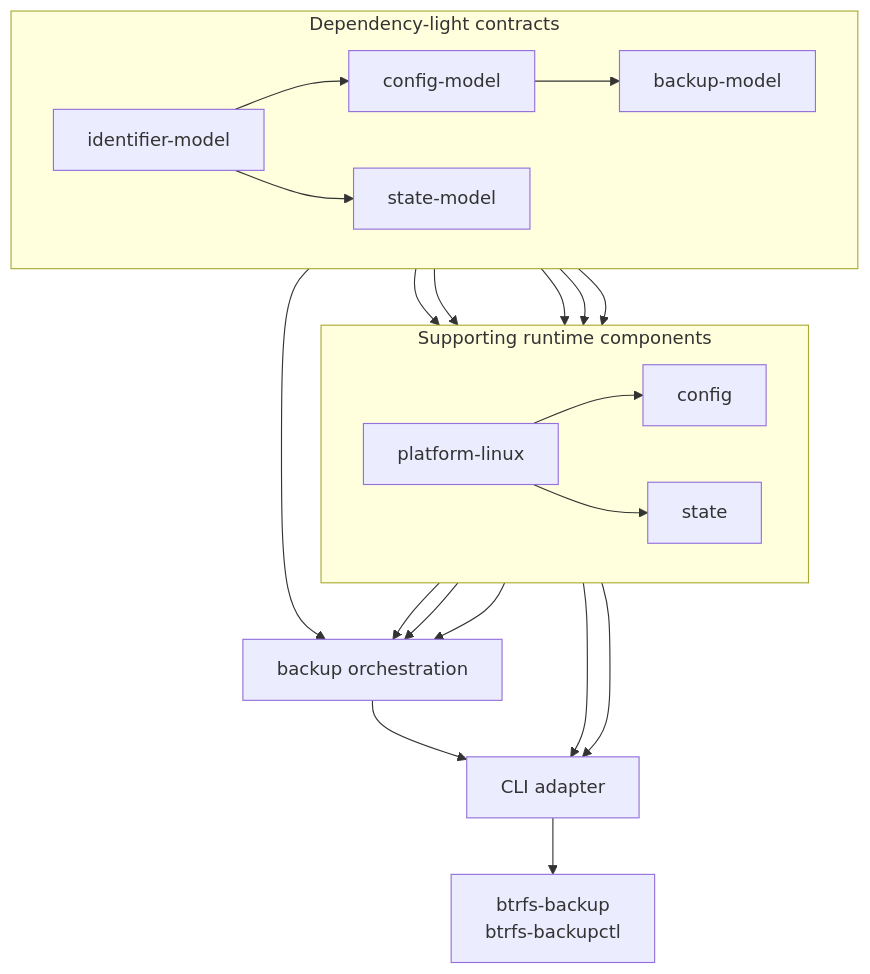
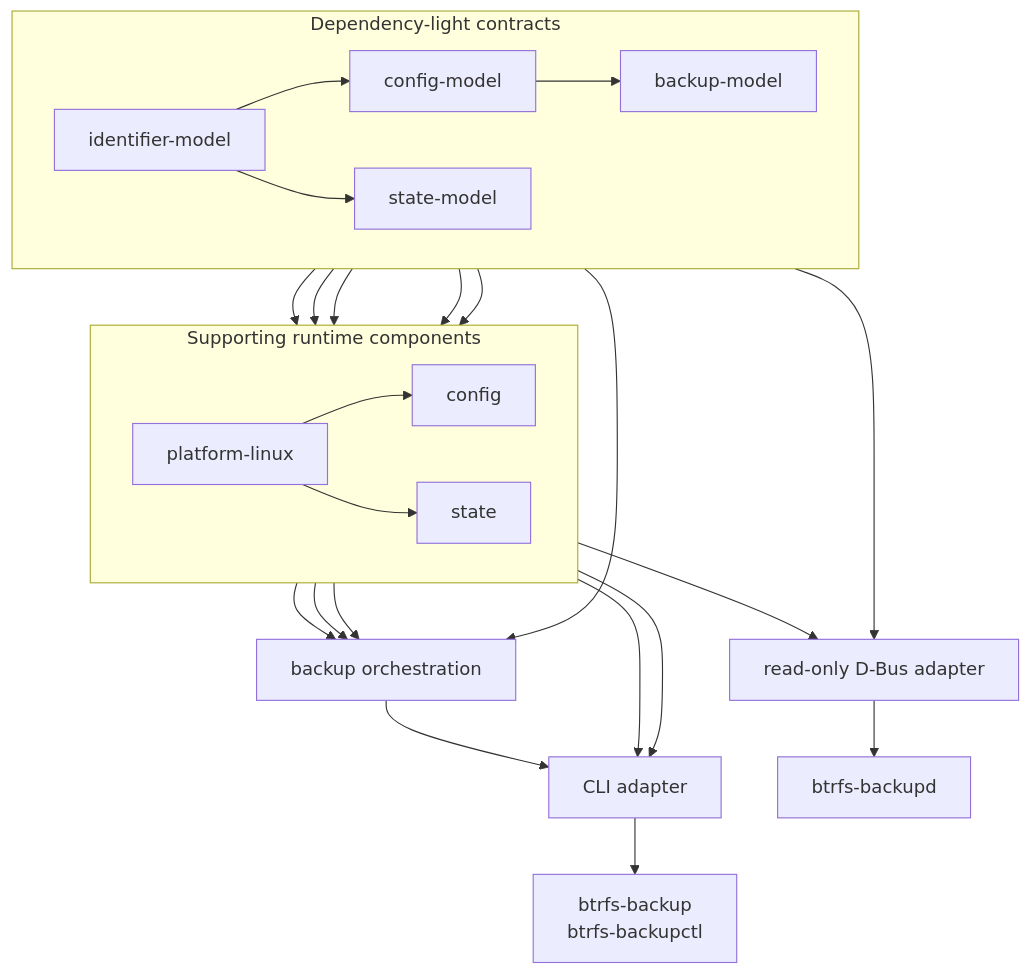
The diagram in docs/cpp-layout.md (kapiwko/btrfs-backup), drawn with Mermaid before and after one commit. The commit also changed other lines of this file and 30 other files, not shown here.

Commit message:
feat(manager): add read-only system service

````diff
--- a/docs/cpp-layout.md
+++ b/docs/cpp-layout.md
@@ -28,41 +29,45 @@
 ```mermaid
 flowchart TB
     subgraph contracts[Dependency-light contracts]
         direction LR
         identifiers[identifier-model]
         config_model[config-model]
         state_model[state-model]
         backup_model[backup-model]
 
         identifiers --> config_model
         identifiers --> state_model
         config_model --> backup_model
     end
 
     subgraph support[Supporting runtime components]
         direction LR
         platform[platform-linux]
         config[config]
         state[state]
     end
 
     backup[backup orchestration]
     cli[CLI adapter]
+    daemon[read-only D-Bus adapter]
 
     config_model --> platform
     backup_model --> platform
     config_model --> config
     platform --> config
     config_model --> state
     state_model --> state
     platform --> state
     backup_model --> backup
     platform --> backup
     config --> backup
     state --> backup
     backup --> cli
     config --> cli
     state --> cli
+    config_model --> daemon
+    platform --> daemon
 
     cli --> executables[btrfs-backup<br/>btrfs-backupctl]
+    daemon --> manager[btrfs-backupd]
 ```
````
